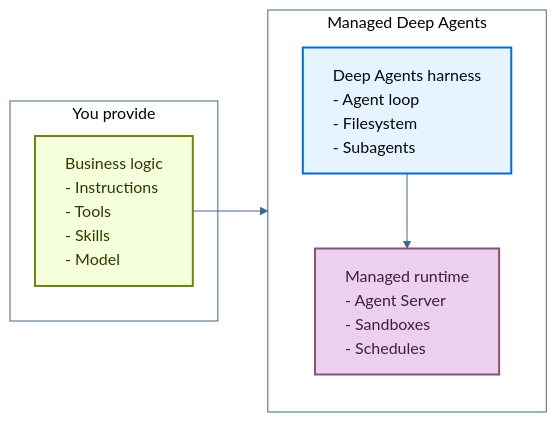
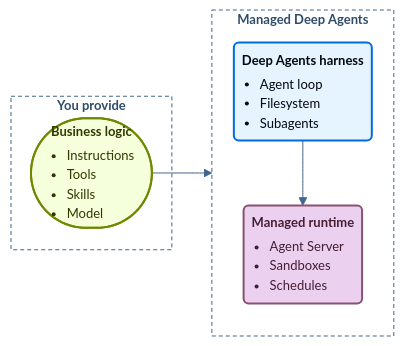
Before and after one commit to langchain-ai/docs: the diagram in src/langsmith/managed-deep-agents-overview.mdx, drawn with Mermaid.

Commit message:
docs: polish Managed Deep Agents overview diagram

````diff
--- a/src/langsmith/managed-deep-agents-overview.mdx
+++ b/src/langsmith/managed-deep-agents-overview.mdx
@@ -14,26 +14,26 @@
 ```mermaid actions={false}
-%%{init: {"theme": "base", "themeVariables": {"lineColor": "#40668D", "primaryColor": "#E5F4FF", "primaryTextColor": "#030710", "primaryBorderColor": "#006DDD"}}}%%
+%%{init: {"theme": "base", "flowchart": {"nodeSpacing": 24, "rankSpacing": 40, "padding": 8, "curve": "basis"}, "themeVariables": {"fontSize": "13px", "lineColor": "#40668D", "primaryColor": "#E5F4FF", "primaryTextColor": "#030710", "primaryBorderColor": "#006DDD"}}}%%
 flowchart LR
-    subgraph you["You provide"]
-        Logic["<div style='text-align:left'>Business logic<br/>- Instructions<br/>- Tools<br/>- Skills<br/>- Model</div>"]
+    subgraph you["<b>You provide</b>"]
+        Logic(["<b>Business logic</b><br/><div style='text-align:left'><ul style='margin:4px 0 0 0;padding-left:18px'><li>Instructions</li><li>Tools</li><li>Skills</li><li>Model</li></ul></div>"])
     end
-    subgraph mda["Managed Deep Agents"]
+    subgraph mda["<b>Managed Deep Agents</b>"]
         direction TB
-        Harness["<div style='text-align:left'>Deep Agents harness<br/>- Agent loop<br/>- Filesystem<br/>- Subagents</div>"]
-        Runtime["<div style='text-align:left'>Managed runtime<br/>- Agent Server<br/>- Sandboxes<br/>- Schedules</div>"]
+        Harness("<b>Deep Agents harness</b><br/><div style='text-align:left'><ul style='margin:4px 0 0 0;padding-left:18px'><li>Agent loop</li><li>Filesystem</li><li>Subagents</li></ul></div>")
+        Runtime("<b>Managed runtime</b><br/><div style='text-align:left'><ul style='margin:4px 0 0 0;padding-left:18px'><li>Agent Server</li><li>Sandboxes</li><li>Schedules</li></ul></div>")
         Harness --> Runtime
     end
 
     Logic --> mda
 
+    classDef trigger fill:#F6FFDB,stroke:#6E8900,stroke-width:2px,color:#2E3900
     classDef process fill:#E5F4FF,stroke:#006DDD,stroke-width:2px,color:#030710
-    classDef trigger fill:#F6FFDB,stroke:#6E8900,stroke-width:2px,color:#2E3900
     classDef output fill:#EBD0F0,stroke:#885270,stroke-width:2px,color:#441E33
 
     class Logic trigger
     class Harness process
     class Runtime output
 
-    style you fill:none,stroke:#40668D,stroke-width:1px
-    style mda fill:none,stroke:#40668D,stroke-width:1px
+    style you fill:none,stroke:#40668D,stroke-width:1px,stroke-dasharray:4 3,color:#2F4B68
+    style mda fill:none,stroke:#40668D,stroke-width:1px,stroke-dasharray:4 3,color:#2F4B68
 ```
````
